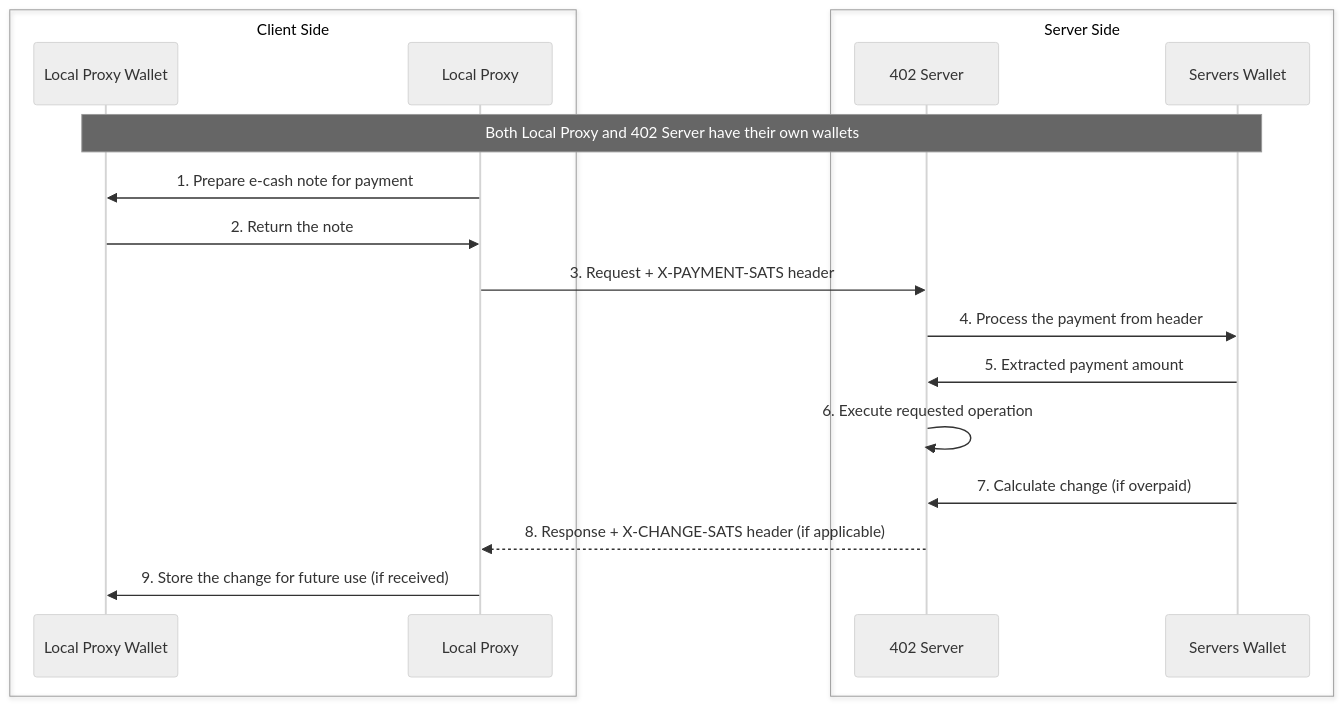
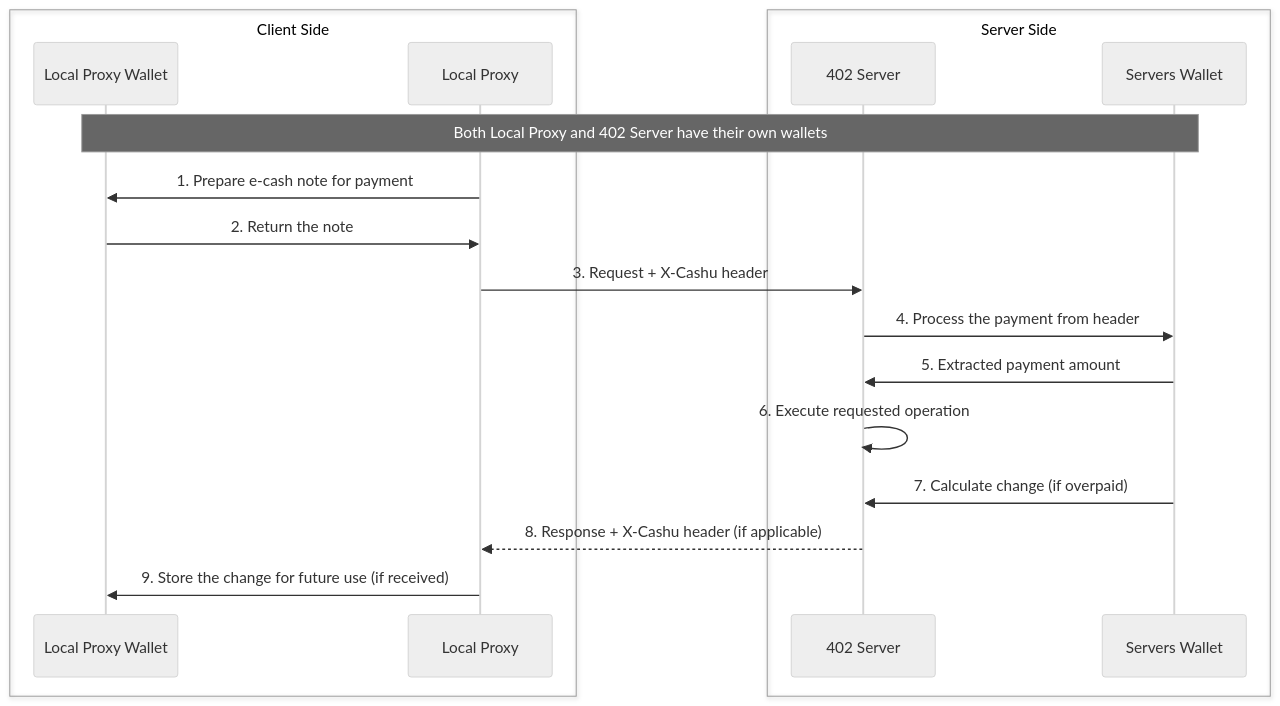
The first of 4 diagrams in README.md (Routstr/otrta-client), drawn with Mermaid (neutral theme) before and after one commit. The commit also changed other lines of this file, not shown here.

````diff
--- a/README.md
+++ b/README.md
@@ -26,23 +26,23 @@
 ```mermaid
 sequenceDiagram
     box Client Side
     participant CW as Local Proxy Wallet
     participant C as Local Proxy
     end
     box Server Side
     participant S as 402 Server
     participant SW as Servers Wallet
     end
 
     Note over CW,SW: Both Local Proxy and 402 Server have their own wallets
 
     C->>CW: 1. Prepare e-cash note for payment
     CW->>C: 2. Return the note
-    C->>S: 3. Request + X-PAYMENT-SATS header
+    C->>S: 3. Request + X-Cashu header
     S->>SW: 4. Process the payment from header
     SW->>S: 5. Extracted payment amount
     S->>S: 6. Execute requested operation
     SW->>S: 7. Calculate change (if overpaid)
-    S-->>C: 8. Response + X-CHANGE-SATS header (if applicable)
+    S-->>C: 8. Response + X-Cashu header (if applicable)
     C->>CW: 9. Store the change for future use (if received)
 ```
````
